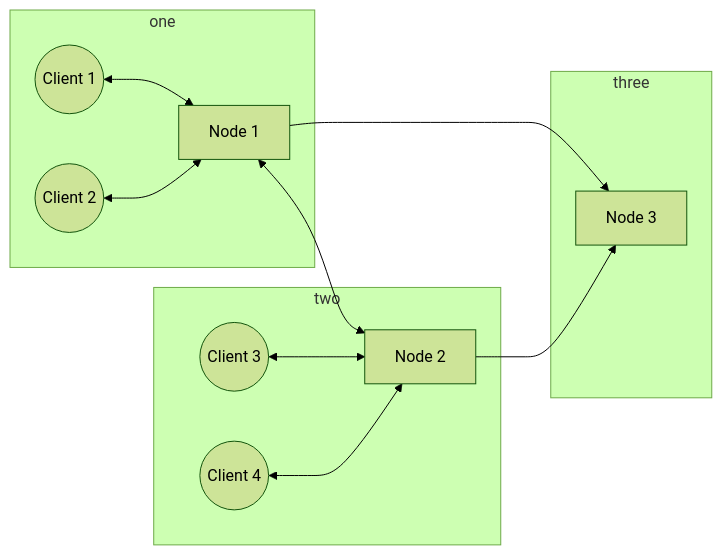
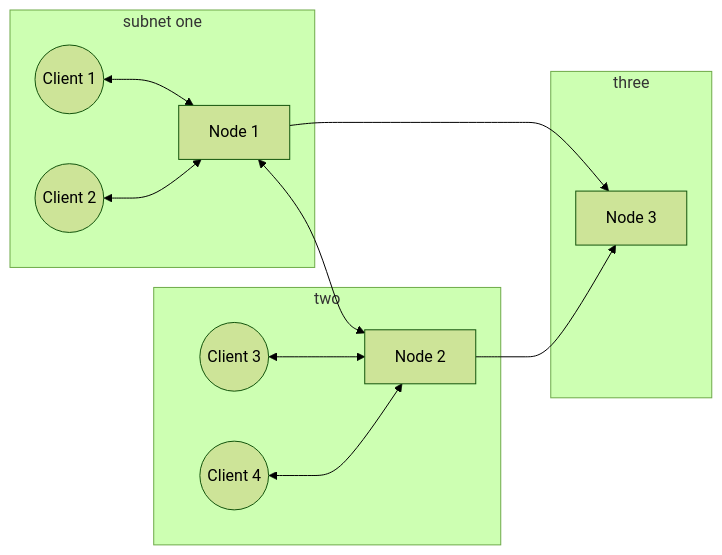
One commit to niklas-enns/message-broker changed the diagram in README.md. Above: the diagram before and after it, drawn with Mermaid (forest theme).

````diff
--- a/README.md
+++ b/README.md
@@ -11,17 +11,17 @@
 ```mermaid
 graph LR;
     N1[Node 1]<-->N2[Node 2]
     N1[Node 1]-->N3[Node 3]
     N2-->N3
-    subgraph one
+    subgraph "subnet one"
     C1((Client 1))<-->N1;
     C2((Client 2))<-->N1;
     end
     subgraph two
     C3((Client 3))<-->N2;
     C4((Client 4))<-->N2;
     end
     subgraph three
     N3[Node 3]
     end
 ```
````
